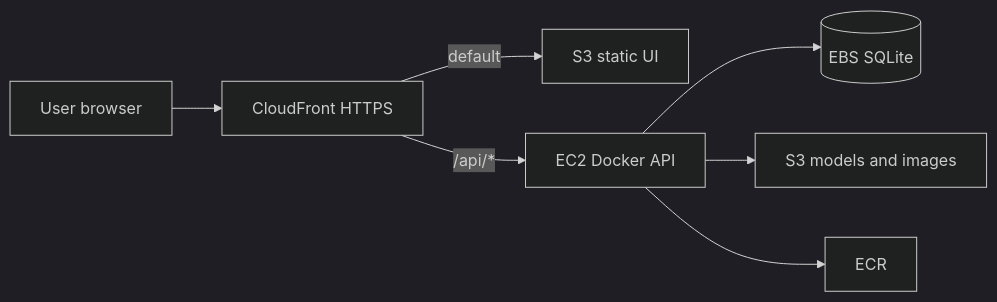
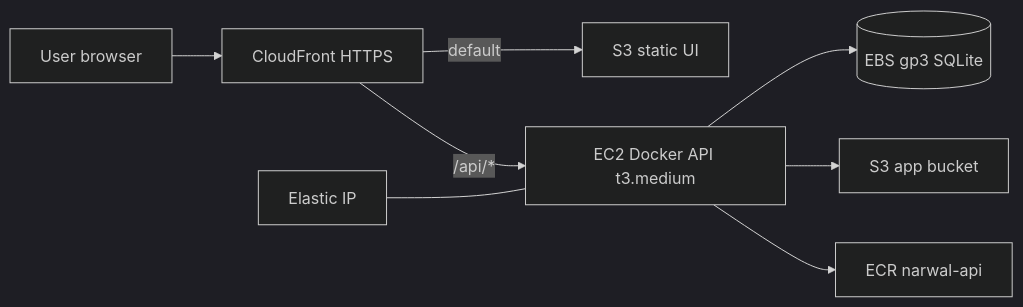
The diagram in docs/aws/architecture.md (Narwhal-TCC/narwal-backend), drawn with Mermaid (dark theme) before and after one commit. The commit also changed other lines of this file and 4 other files, not shown here.

Commit message:
docs(aws): align architecture and ops with infra and ci

````diff
--- a/docs/aws/architecture.md
+++ b/docs/aws/architecture.md
@@ -15,17 +15,19 @@
 ```mermaid
 flowchart LR
   User[User browser]
   CF[CloudFront HTTPS]
   S3UI[S3 static UI]
-  EC2[EC2 Docker API]
-  ECR[ECR]
-  S3Data[S3 models and images]
-  EBS[(EBS SQLite)]
+  EC2[EC2 Docker API t3.medium]
+  ECR[ECR narwal-api]
+  S3Data[S3 app bucket]
+  EBS[(EBS gp3 SQLite)]
+  EIP[Elastic IP]
 
   User --> CF
   CF -->|default| S3UI
   CF -->|/api/*| EC2
+  EIP --- EC2
   EC2 --> EBS
   EC2 --> S3Data
   EC2 --> ECR
 ```
````
